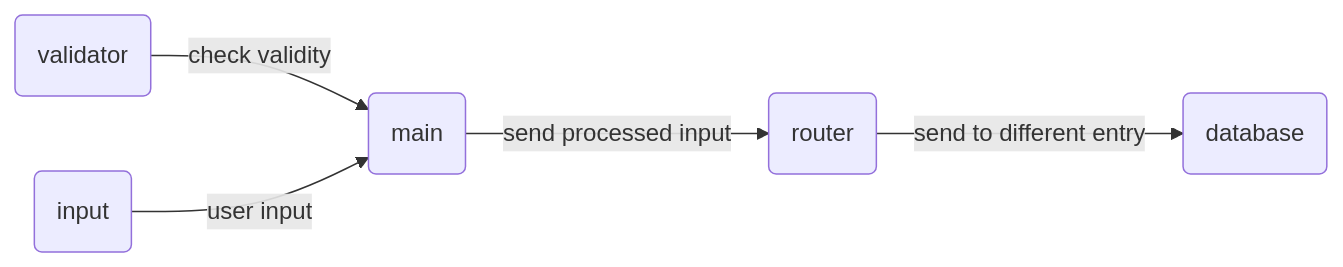
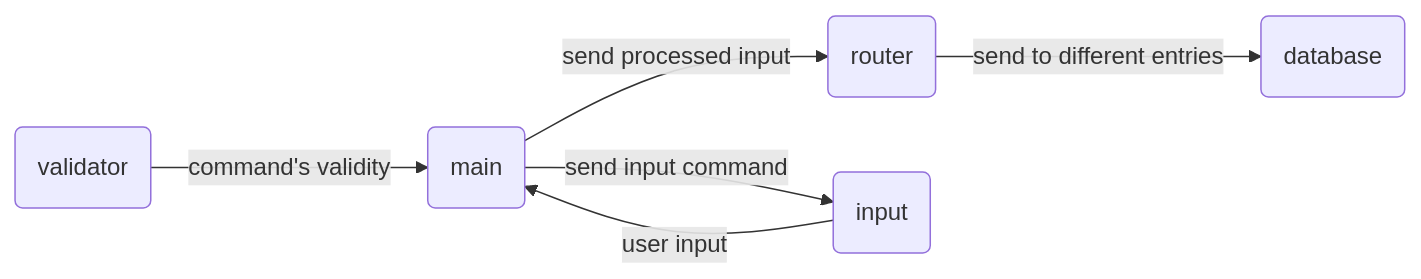
One commit to wlog106/DS-OOP_HW1 changed the diagram in README.md. Above: the diagram before and after it, drawn with Mermaid. The commit also changed 1 other file, not shown here.

Commit message:
fix potential bug

````diff
--- a/README.md
+++ b/README.md
@@ -50,7 +50,8 @@
 ```mermaid
 graph LR
 A(main) --send processed input--> B(router)
-B --send to different entry--> C(database)
-D(validator) --check validity--> A
+B --send to different entries--> C(database)
+D(validator) --command's validity--> A
 E(input) --user input--> A
+A --send input command--> E
 ```
````
